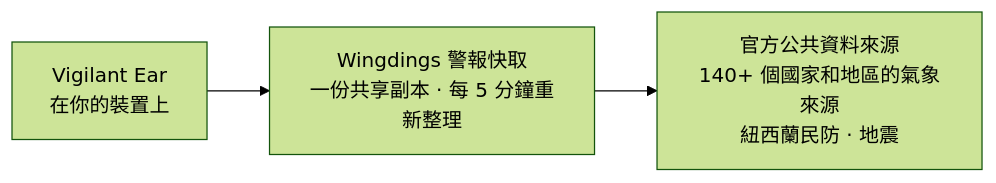
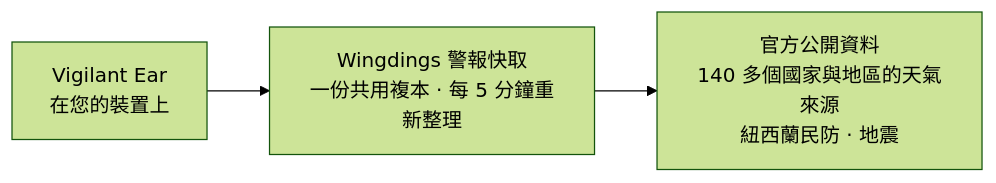
One commit to rpalm01-star/VigilantEarLegal changed the fourth of 4 diagrams in README_zh-Hant.md. Above: the diagram before and after it, drawn with Mermaid (forest theme). The commit also changed other lines of this file and 14 other files, not shown here.

````diff
--- a/README_zh-Hant.md
+++ b/README_zh-Hant.md
@@ -182,5 +201,5 @@
 ```mermaid
 graph LR
-    P1["Vigilant Ear<br/>在你的裝置上"] --> W["Wingdings 警報快取<br/>一份共享副本 · 每 5 分鐘重新整理"]
-    W --> N["官方公共資料來源<br/>140+ 個國家和地區的氣象來源<br/>紐西蘭民防 · 地震"]
+    P1["Vigilant Ear<br/>在您的裝置上"] --> W["Wingdings 警報快取<br/>一份共用複本 · 每 5 分鐘重新整理"]
+    W --> N["官方公開資料<br/>140 多個國家與地區的天氣來源<br/>紐西蘭民防 · 地震"]
 ```
````
